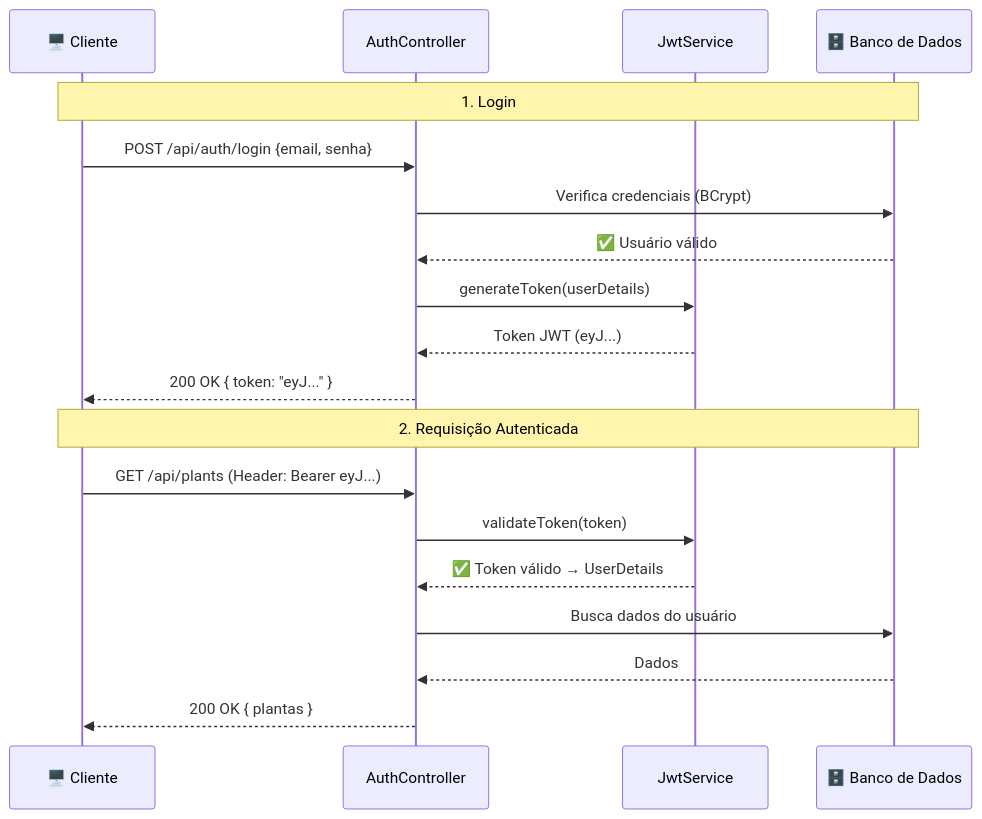
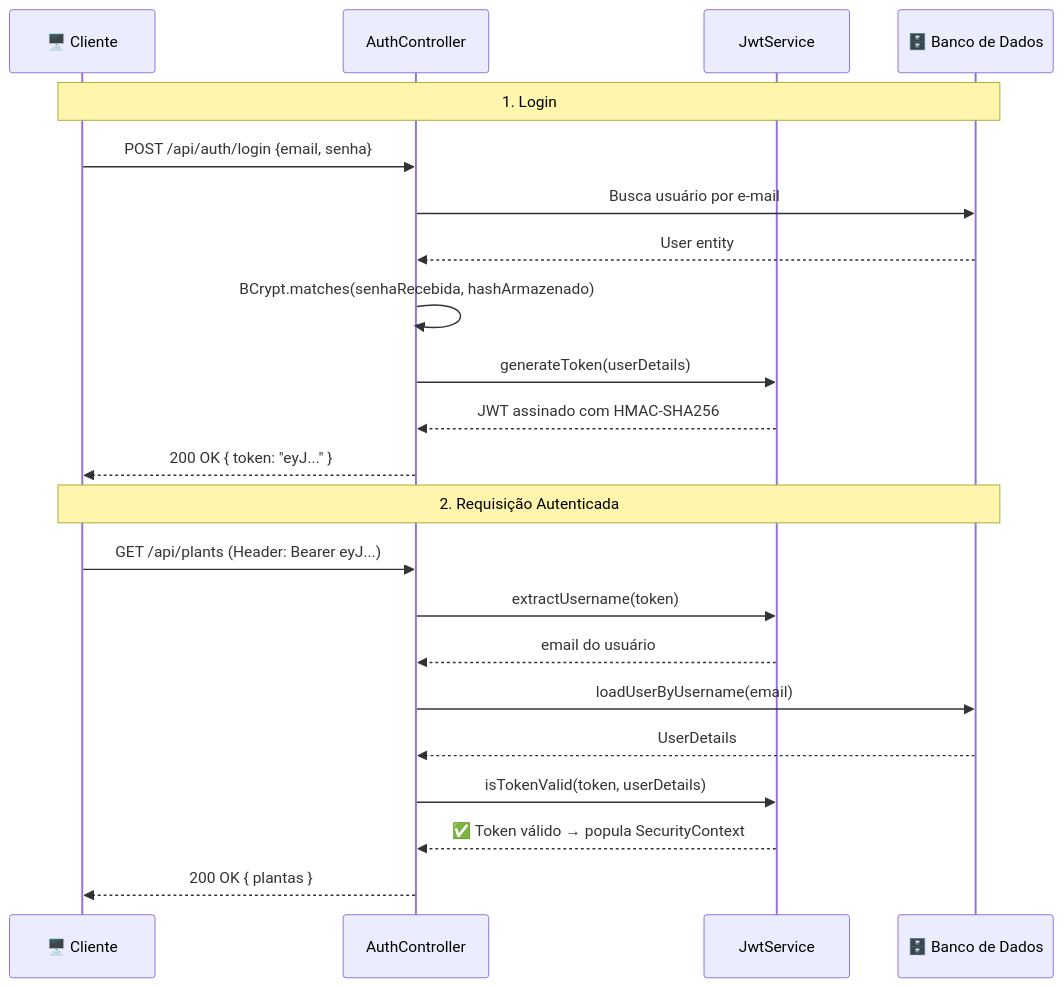
The third of 4 diagrams in docs/backend-architecture.md (matheus05dev/grevia-api), drawn with Mermaid before and after one commit. The commit also changed other lines of this file and 1 other file, not shown here.

Commit message:
docs: add security guidelines and testing strategy documentation for production readiness

````diff
--- a/docs/backend-architecture.md
+++ b/docs/backend-architecture.md
@@ -214,23 +313,26 @@
 ```mermaid
 sequenceDiagram
     participant C as 🖥️ Cliente
     participant A as AuthController
     participant J as JwtService
     participant DB as 🗄️ Banco de Dados
 
     Note over C,DB: 1. Login
     C->>A: POST /api/auth/login {email, senha}
-    A->>DB: Verifica credenciais (BCrypt)
-    DB-->>A: ✅ Usuário válido
+    A->>DB: Busca usuário por e-mail
+    DB-->>A: User entity
+    A->>A: BCrypt.matches(senhaRecebida, hashArmazenado)
     A->>J: generateToken(userDetails)
-    J-->>A: Token JWT (eyJ...)
+    J-->>A: JWT assinado com HMAC-SHA256
     A-->>C: 200 OK { token: "eyJ..." }
 
     Note over C,DB: 2. Requisição Autenticada
     C->>A: GET /api/plants (Header: Bearer eyJ...)
-    A->>J: validateToken(token)
-    J-->>A: ✅ Token válido → UserDetails
-    A->>DB: Busca dados do usuário
-    DB-->>A: Dados
+    A->>J: extractUsername(token)
+    J-->>A: email do usuário
+    A->>DB: loadUserByUsername(email)
+    DB-->>A: UserDetails
+    A->>J: isTokenValid(token, userDetails)
+    J-->>A: ✅ Token válido → popula SecurityContext
     A-->>C: 200 OK { plantas }
 ```
````
